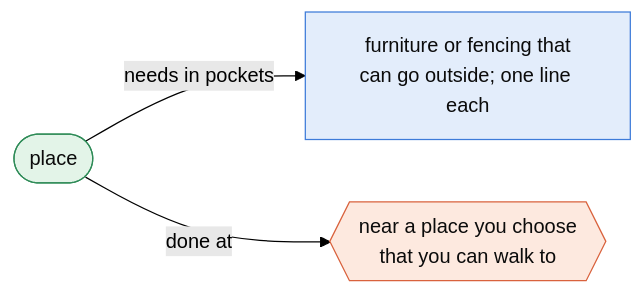
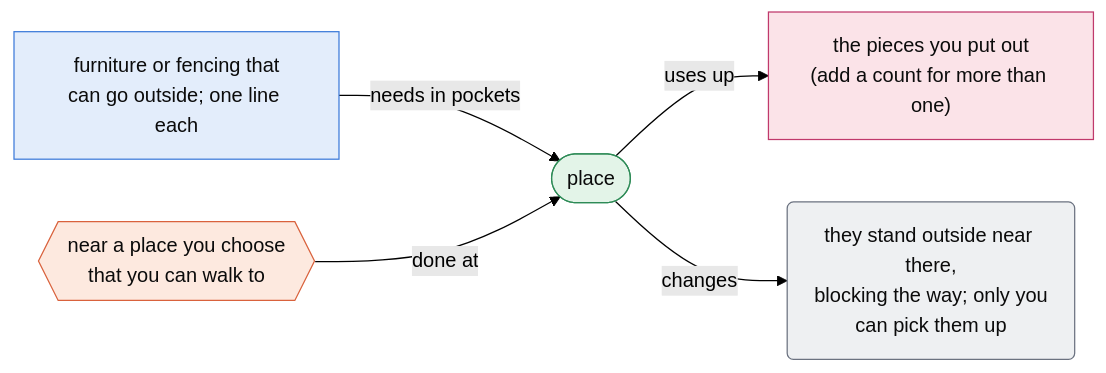
Diagram 15 of 41 in docs/actions.md (harjonillo/multiagent-island), drawn with Mermaid (forest theme) before and after one commit. The commit also changed other lines of this file and 9 other files, not shown here.

````diff
--- a/docs/actions.md
+++ b/docs/actions.md
@@ -361,13 +603,20 @@
 ```mermaid
 flowchart LR
     classDef act fill:#e3f4e8,stroke:#2e8b57,color:#0b0b0b
     classDef item fill:#e3edfb,stroke:#3d7bd9,color:#0b0b0b
     classDef place fill:#fde9df,stroke:#d9623d,color:#0b0b0b
     classDef cond fill:#fdf3d6,stroke:#eda100,color:#0b0b0b
+    classDef gain fill:#dff3f1,stroke:#1a8a7d,color:#0b0b0b
+    classDef spend fill:#fbe3e8,stroke:#c0396b,color:#0b0b0b
+    classDef change fill:#eef0f2,stroke:#6b7280,color:#0b0b0b
     A(["place"])
-    A -- "needs in pockets" --> I0["furniture or fencing that<br/>can go outside; one line each"]
-    A -- "done at" --> P0{{"near a place you choose<br/>that you can walk to"}}
+    It0["furniture or fencing that<br/>can go outside; one line each"] -- "needs in pockets" --> A
+    Pl0{{"near a place you choose<br/>that you can walk to"}} -- "done at" --> A
+    A -- "uses up" --> Sp0["the pieces you put out<br/>(add a count for more than one)"]
+    A -- "changes" --> Ch0("they stand outside near there,<br/>blocking the way; only you<br/>can pick them up")
     class A act
-    class I0 item
-    class P0 place
+    class It0 item
+    class Pl0 place
+    class Sp0 spend
+    class Ch0 change
 ```
````
